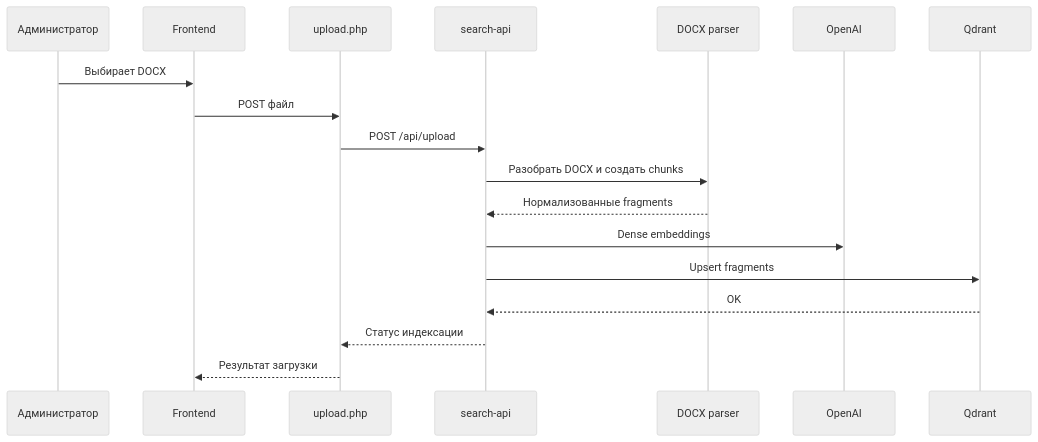
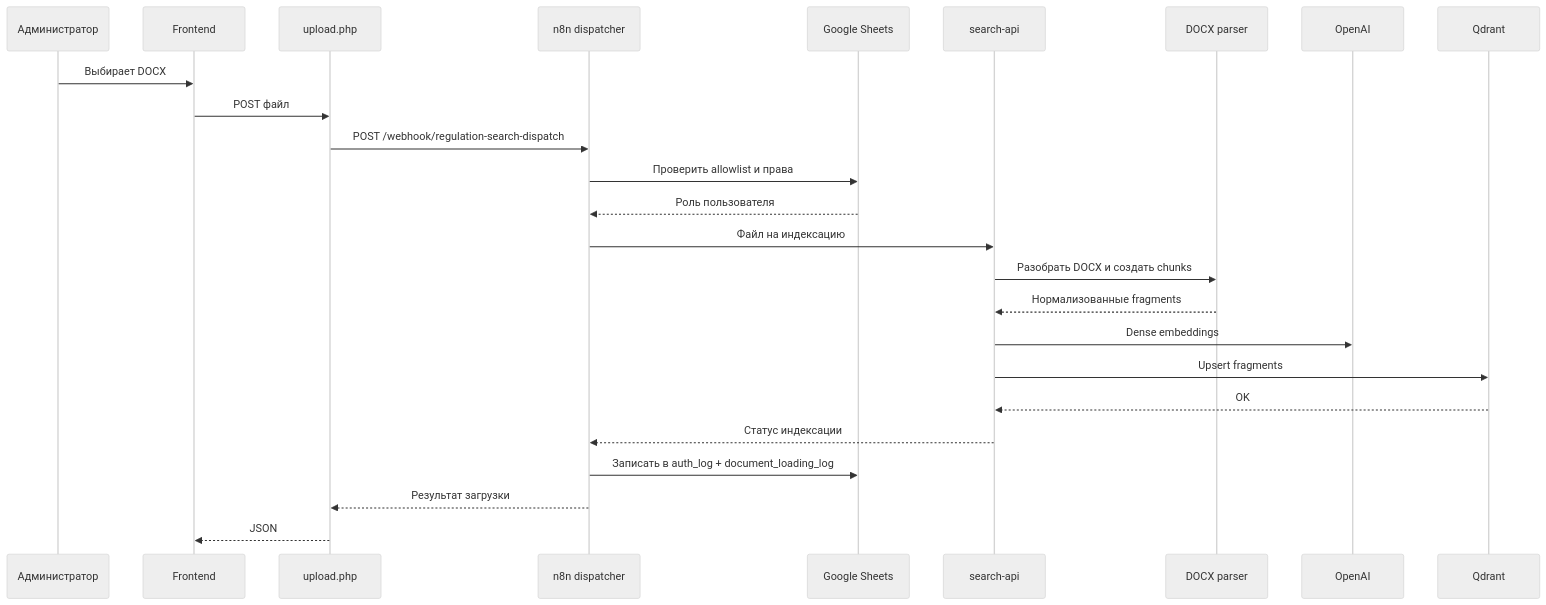
The third of 3 diagrams in docs/PROJECT_DESCRIPTION.md (mmvolkov/regulation_search_codex_chatgpt54), drawn with Mermaid (neutral theme) before and after one commit. The commit also changed other lines of this file and 3 other files, not shown here.

First line of the commit message:
Update project docs to reflect current architecture and features

````diff
--- a/docs/PROJECT_DESCRIPTION.md
+++ b/docs/PROJECT_DESCRIPTION.md
@@ -282,21 +369,28 @@
 ```mermaid
 sequenceDiagram
     participant Admin as Администратор
     participant UI as Frontend
     participant Proxy as upload.php
+    participant DISP as n8n dispatcher
+    participant GS as Google Sheets
     participant API as search-api
     participant Parser as DOCX parser
     participant OAI as OpenAI
     participant Q as Qdrant
 
     Admin->>UI: Выбирает DOCX
     UI->>Proxy: POST файл
-    Proxy->>API: POST /api/upload
+    Proxy->>DISP: POST /webhook/regulation-search-dispatch
+    DISP->>GS: Проверить allowlist и права
+    GS-->>DISP: Роль пользователя
+    DISP->>API: Файл на индексацию
     API->>Parser: Разобрать DOCX и создать chunks
     Parser-->>API: Нормализованные fragments
     API->>OAI: Dense embeddings
     API->>Q: Upsert fragments
     Q-->>API: OK
-    API-->>Proxy: Статус индексации
-    Proxy-->>UI: Результат загрузки
+    API-->>DISP: Статус индексации
+    DISP->>GS: Записать в auth_log + document_loading_log
+    DISP-->>Proxy: Результат загрузки
+    Proxy-->>UI: JSON
 ```
````
